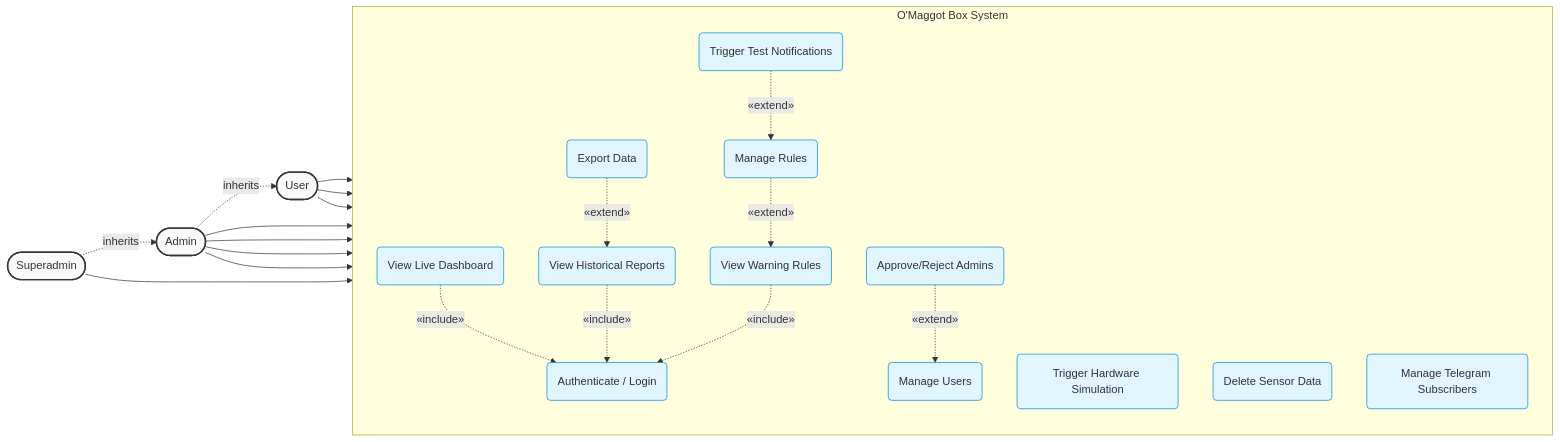
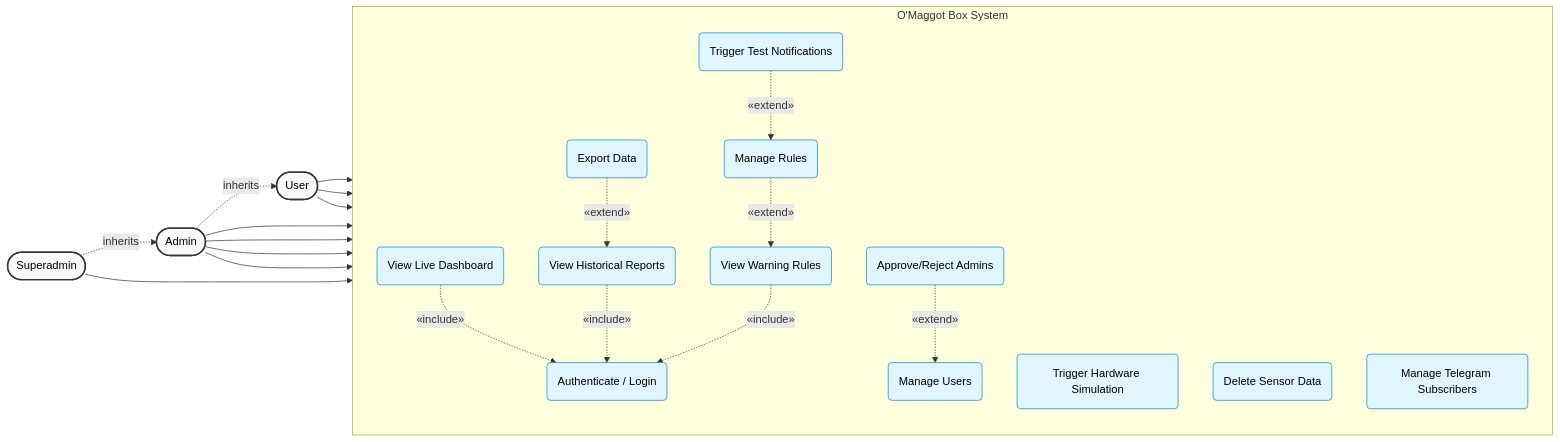
The fourth of 5 diagrams in README.md (boyishwara/omaggot), drawn with Mermaid before and after one commit.

Commit message:
diagram visibility

````diff
--- a/README.md
+++ b/README.md
@@ -219,62 +219,62 @@
 ```mermaid
 flowchart LR
     %% Actors
     User([User])
     Admin([Admin])
     Superadmin([Superadmin])
 
     %% Inheritance (Generalization)
     Superadmin -.->|inherits| Admin
     Admin -.->|inherits| User
 
     %% System Boundary
     subgraph O_Maggot_System [O'Maggot Box System]
         direction TB
         
         %% Use Cases
         UC_Auth(Authenticate / Login)
         
         UC_Dash(View Live Dashboard)
         UC_Rep(View Historical Reports)
         UC_Exp(Export Data)
         
         UC_ViewRule(View Warning Rules)
         UC_MgmtRule(Manage Rules)
         UC_TestNotif(Trigger Test Notifications)
         
         UC_Simulate(Trigger Hardware Simulation)
         UC_DelData(Delete Sensor Data)
         UC_Subscribers(Manage Telegram Subscribers)
         
         UC_UserMgmt(Manage Users)
         UC_Approve(Approve/Reject Admins)
 
         %% Include relationships (Mandatory)
         UC_Dash -.->|"«include»"| UC_Auth
         UC_Rep -.->|"«include»"| UC_Auth
         UC_ViewRule -.->|"«include»"| UC_Auth
         
         %% Extend relationships (Optional behavior)
         UC_Exp -.->|"«extend»"| UC_Rep
         UC_MgmtRule -.->|"«extend»"| UC_ViewRule
         UC_TestNotif -.->|"«extend»"| UC_MgmtRule
         UC_Approve -.->|"«extend»"| UC_UserMgmt
     end
 
     %% Actor to Use Case Relationships
     User --> UC_Dash
     User --> UC_Rep
     User --> UC_ViewRule
 
     Admin --> UC_MgmtRule
     Admin --> UC_Simulate
     Admin --> UC_DelData
     Admin --> UC_Subscribers
 
     Superadmin --> UC_UserMgmt
 
-    classDef actor fill:#f9f9f9,stroke:#333,stroke-width:2px;
-    classDef usecase fill:#e1f5fe,stroke:#0288d1,stroke-width:1px;
+    classDef actor fill:#f9f9f9,stroke:#333,stroke-width:2px,color:#000000;
+    classDef usecase fill:#e1f5fe,stroke:#0288d1,stroke-width:1px,color:#000000;
     class User,Admin,Superadmin actor;
     class UC_Auth,UC_Dash,UC_Rep,UC_Exp,UC_ViewRule,UC_MgmtRule,UC_TestNotif,UC_Simulate,UC_DelData,UC_Subscribers,UC_UserMgmt,UC_Approve usecase;
 ```
````
